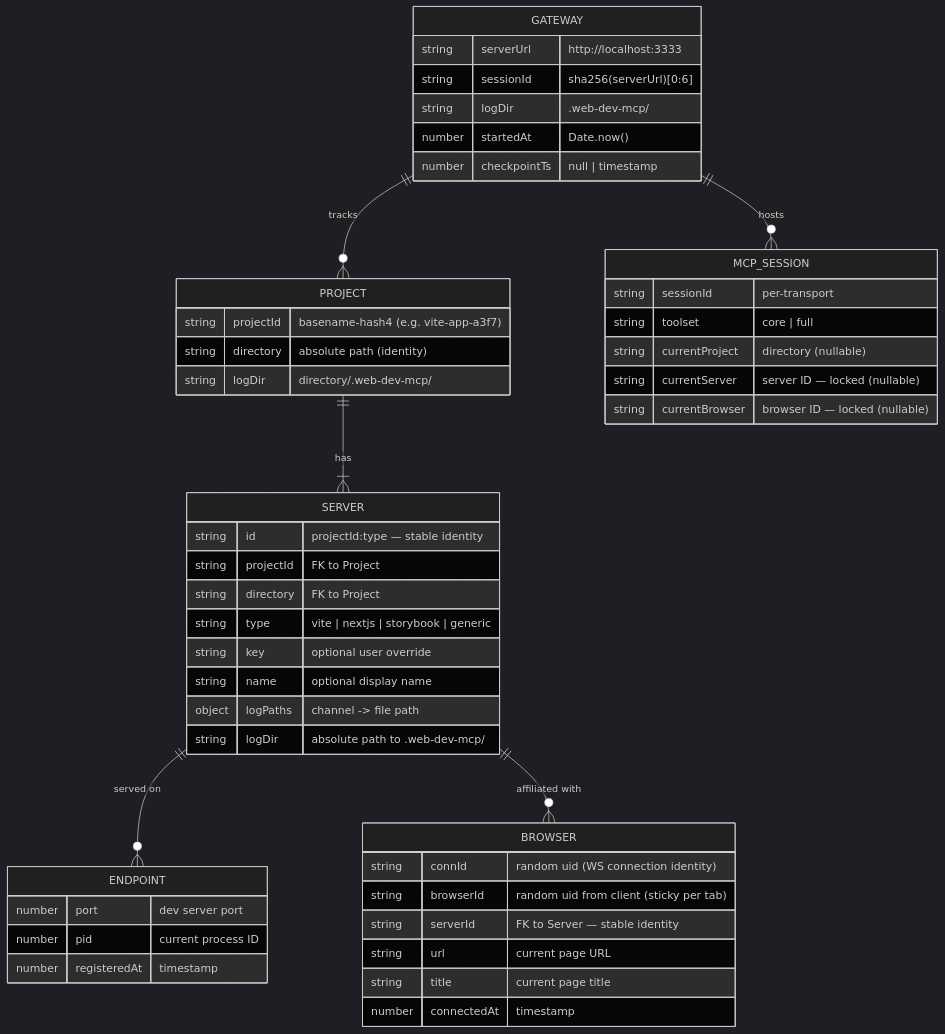
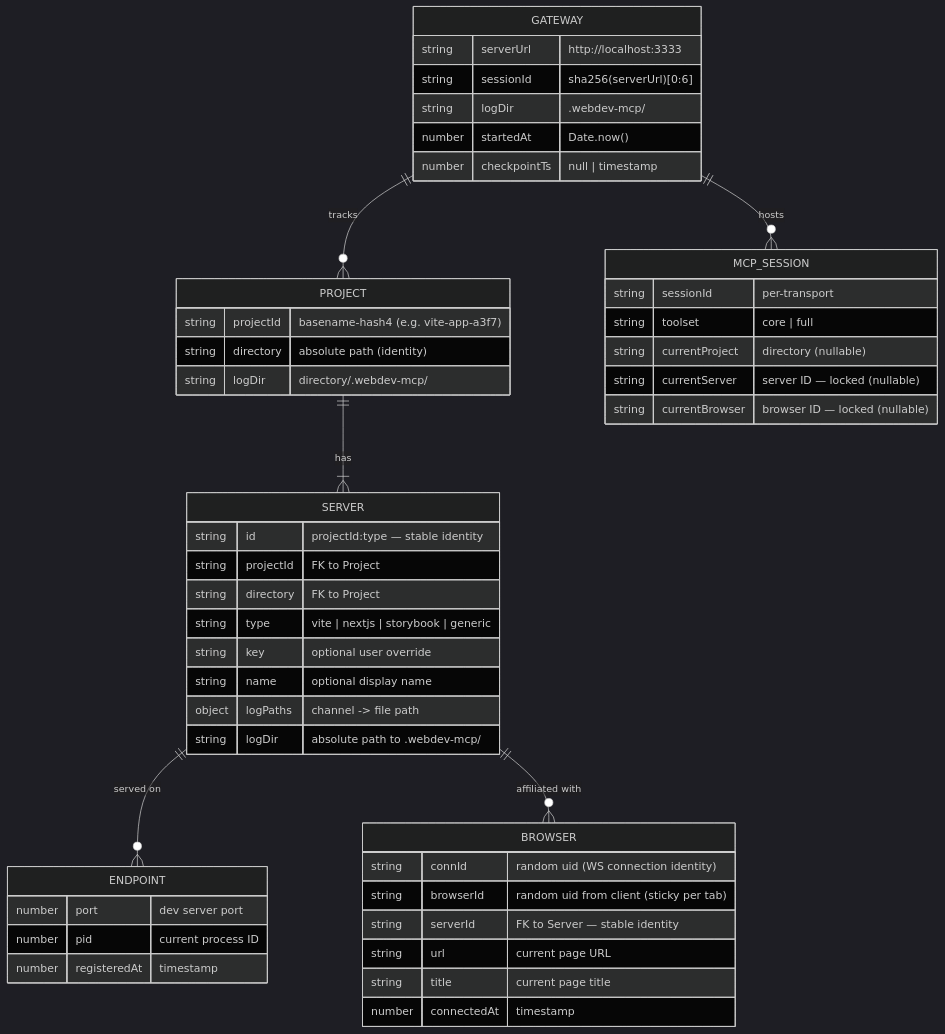
The first of 8 diagrams in docs/architecture.md (WinstonFassett/webdev-ai), drawn with Mermaid (dark theme) before and after one commit. The commit also changed other lines of this file and 16 other files, not shown here.

Commit message:
fix: update references from web-dev-mcp to webdev-mcp across documentation and code

````diff
--- a/docs/architecture.md
+++ b/docs/architecture.md
@@ -5,56 +5,56 @@
 ```mermaid
 erDiagram
     GATEWAY ||--o{ PROJECT : "tracks"
     GATEWAY ||--o{ MCP_SESSION : "hosts"
     PROJECT ||--|{ SERVER : "has"
     SERVER ||--o{ ENDPOINT : "served on"
     SERVER ||--o{ BROWSER : "affiliated with"
 
     GATEWAY {
         string serverUrl "http://localhost:3333"
         string sessionId "sha256(serverUrl)[0:6]"
-        string logDir ".web-dev-mcp/"
+        string logDir ".webdev-mcp/"
         number startedAt "Date.now()"
         number checkpointTs "null | timestamp"
     }
 
     PROJECT {
         string projectId "basename-hash4 (e.g. vite-app-a3f7)"
         string directory "absolute path (identity)"
-        string logDir "directory/.web-dev-mcp/"
+        string logDir "directory/.webdev-mcp/"
     }
 
     SERVER {
         string id "projectId:type — stable identity"
         string projectId "FK to Project"
         string directory "FK to Project"
         string type "vite | nextjs | storybook | generic"
         string key "optional user override"
         string name "optional display name"
         object logPaths "channel -> file path"
-        string logDir "absolute path to .web-dev-mcp/"
+        string logDir "absolute path to .webdev-mcp/"
     }
 
     ENDPOINT {
         number port "dev server port"
         number pid "current process ID"
         number registeredAt "timestamp"
     }
 
     BROWSER {
         string connId "random uid (WS connection identity)"
         string browserId "random uid from client (sticky per tab)"
         string serverId "FK to Server — stable identity"
         string url "current page URL"
         string title "current page title"
         number connectedAt "timestamp"
     }
 
     MCP_SESSION {
         string sessionId "per-transport"
         string toolset "core | full"
         string currentProject "directory (nullable)"
         string currentServer "server ID — locked (nullable)"
         string currentBrowser "browser ID — locked (nullable)"
     }
 ```
````
